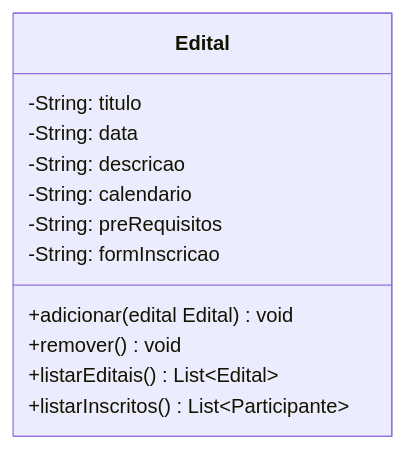
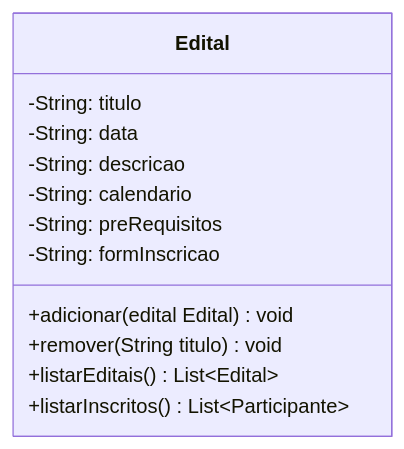
The diagram in src/main/java/br/ufpb/dcx/rodrigor/projetos/edital/EDITAL.md (prof-rodrigor/poo-projeto-g3), drawn with Mermaid before and after one commit. The commit also changed 2 other files, not shown here.

Commit message:
Criado EditalService

````diff
--- a/src/main/java/br/ufpb/dcx/rodrigor/projetos/edital/EDITAL.md
+++ b/src/main/java/br/ufpb/dcx/rodrigor/projetos/edital/EDITAL.md
@@ -3,15 +3,15 @@
 ```mermaid
 classDiagram
 class Edital{
 		-String: titulo
 		-String: data
 		-String: descricao
 	    -String: calendario
 	    -String: preRequisitos
 	    -String: formInscricao
 	    +adicionar(edital Edital) void
-	    +remover() void
+	    +remover(String titulo) void
 	    +listarEditais() List~Edital~
 	    +listarInscritos() List~Participante~
 	}
 ```
````
